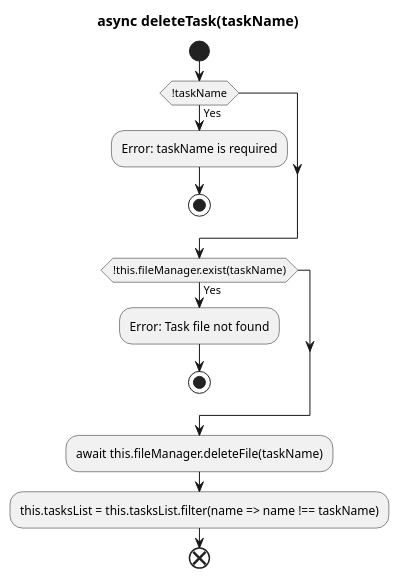
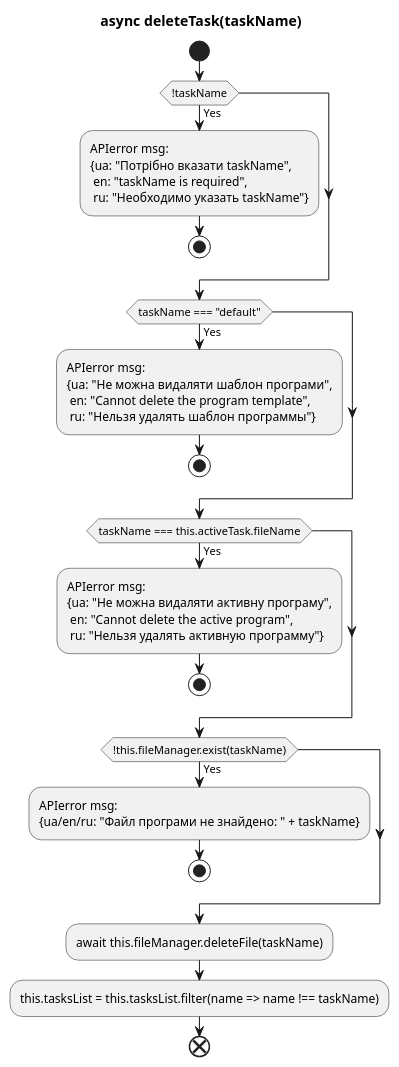
One commit to YVitalii/ASUTP2021 changed the sixth of 9 diagrams in controllers/tasksController/task.puml. Above: the diagram before and after it, drawn with PlantUML. The commit also changed other lines of this file and 9 other files, not shown here.

Commit message:
Доопрацювати TasksManager: APIerror, захист default/active, getFullHtml через API-шаблон, ProcessManager.

```diff
--- a/controllers/tasksController/task.puml
+++ b/controllers/tasksController/task.puml
@@ -75,16 +89,34 @@
 @startuml deleteTask
 
 title async deleteTask(taskName)
 start
 if (!taskName) then (Yes)
-    :Error: taskName is required;
+    :APIerror msg:
+    {ua: "Потрібно вказати taskName",
+     en: "taskName is required",
+     ru: "Необходимо указать taskName"};
+    stop
+endif
+if (taskName === "default") then (Yes)
+    :APIerror msg:
+    {ua: "Не можна видаляти шаблон програми",
+     en: "Cannot delete the program template",
+     ru: "Нельзя удалять шаблон программы"};
+    stop
+endif
+if (taskName === this.activeTask.fileName) then (Yes)
+    :APIerror msg:
+    {ua: "Не можна видаляти активну програму",
+     en: "Cannot delete the active program",
+     ru: "Нельзя удалять активную программу"};
     stop
 endif
 if (!this.fileManager.exist(taskName)) then (Yes)
-    :Error: Task file not found;
+    :APIerror msg:
+    {ua/en/ru: "Файл програми не знайдено: " + taskName};
     stop
 endif
 :await this.fileManager.deleteFile(taskName);
 :this.tasksList = this.tasksList.filter(name => name !== taskName);
 end
 @enduml
```
